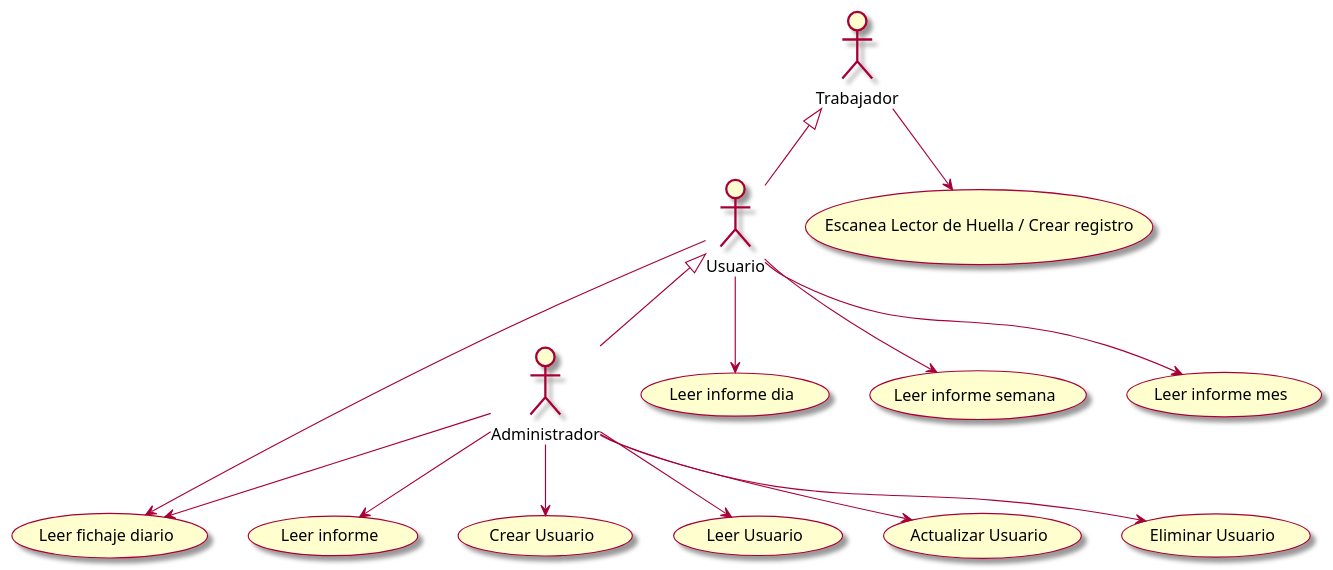
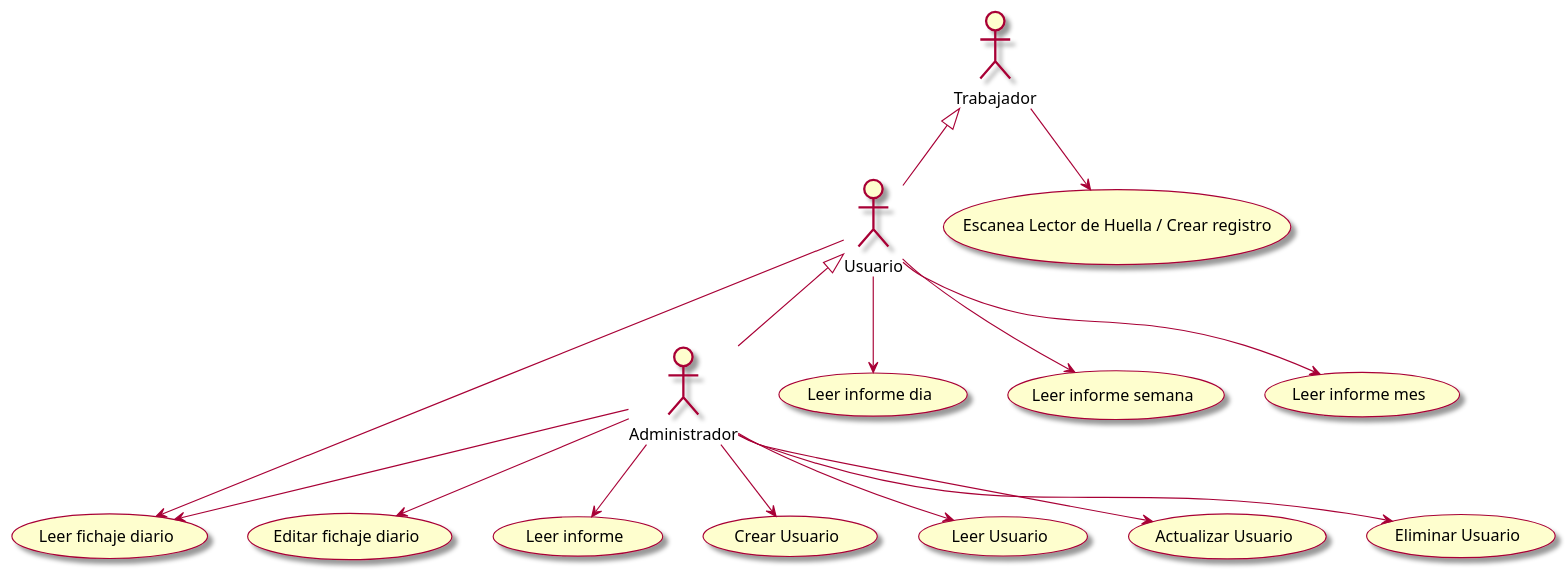
Before and after one commit to mmasias/23-24-IdSw1-SDR: the diagram in modelosUML/casosDeUso/casosDeUso.puml, drawn with PlantUML.

```diff
--- a/modelosUML/casosDeUso/casosDeUso.puml
+++ b/modelosUML/casosDeUso/casosDeUso.puml
@@ -1,24 +1,25 @@
 @startuml
 
 skin rose
 
 Usuario -up-|> Trabajador
 Administrador -up-|> Usuario
 
 Trabajador --> (Escanea Lector de Huella / Crear registro)
 
 Usuario --> (Leer fichaje diario)
 Usuario --> (Leer informe dia)
 Usuario --> (Leer informe semana)
 Usuario --> (Leer informe mes)
 
 Administrador --> (Leer fichaje diario)
+Administrador --> (Editar fichaje diario)
 
 Administrador --> (Leer informe)
 
 Administrador --> (Crear Usuario)
 Administrador --> (Leer Usuario)
 Administrador --> (Actualizar Usuario)
 Administrador --> (Eliminar Usuario)
 
 @enduml
```
